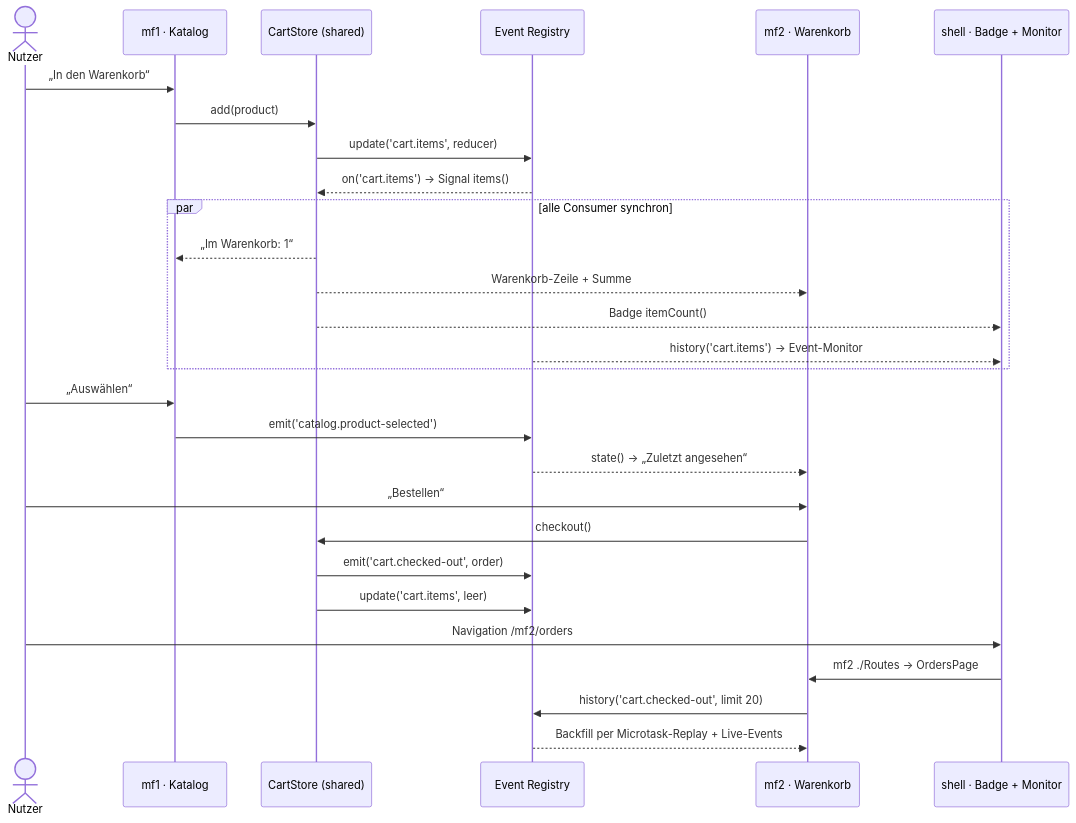
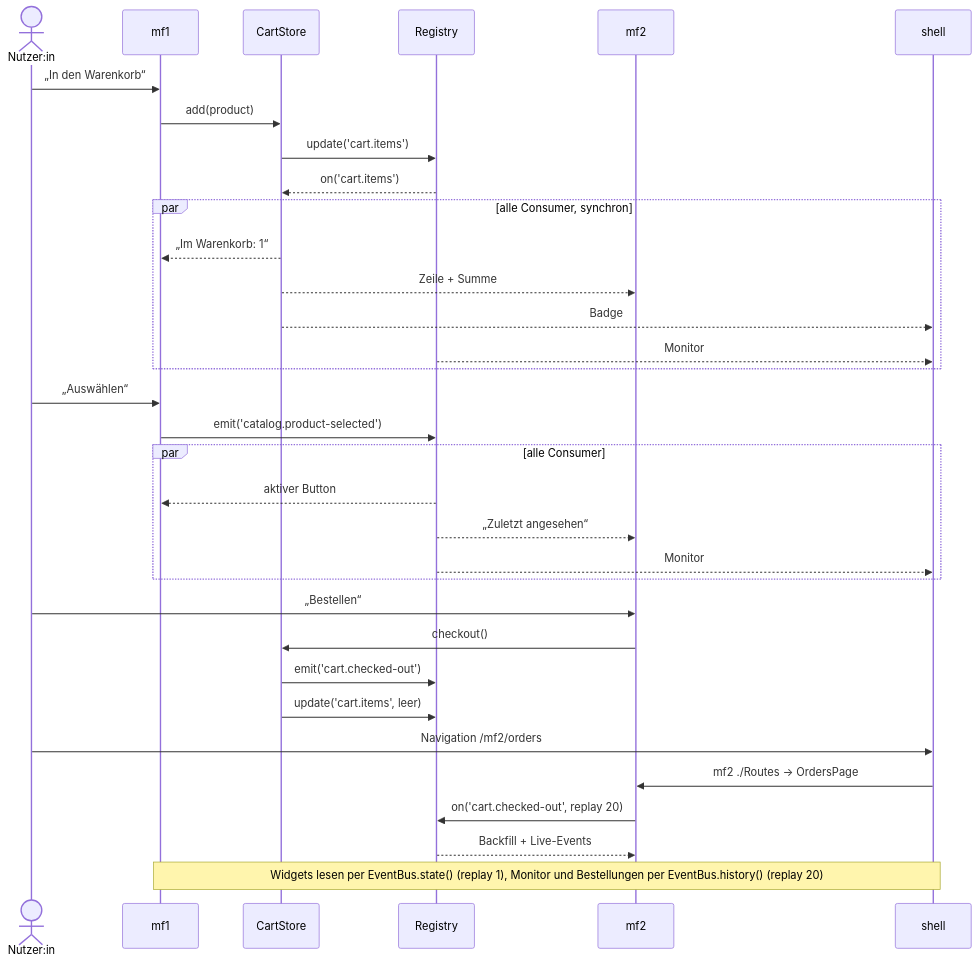
One commit to jannikbuscha/mfe changed the fifth of 6 diagrams in README.md. Above: the diagram before and after it, drawn with Mermaid. The commit also changed other lines of this file and 4 other files, not shown here.

First line of the commit message:
Refine diagrams and the GitHub Pages pipeline after review

````diff
--- a/README.md
+++ b/README.md
@@ -307,34 +318,40 @@
 ```mermaid
+%%{init: {'sequence': {'width': 110, 'actorMargin': 20}}}%%
 sequenceDiagram
-  actor U as Nutzer
-  participant W1 as mf1 · Katalog
-  participant C as CartStore (shared)
-  participant R as Event Registry
-  participant W2 as mf2 · Warenkorb
-  participant SH as shell · Badge + Monitor
+  actor U as Nutzer:in
+  participant W1 as mf1
+  participant C as CartStore
+  participant R as Registry
+  participant W2 as mf2
+  participant SH as shell
 
   U->>W1: „In den Warenkorb“
   W1->>C: add(product)
-  C->>R: update('cart.items', reducer)
-  R-->>C: on('cart.items') → Signal items()
-  par alle Consumer synchron
+  C->>R: update('cart.items')
+  R-->>C: on('cart.items')
+  par alle Consumer, synchron
     C-->>W1: „Im Warenkorb: 1“
-    C-->>W2: Warenkorb-Zeile + Summe
-    C-->>SH: Badge itemCount()
-    R-->>SH: history('cart.items') → Event-Monitor
+    C-->>W2: Zeile + Summe
+    C-->>SH: Badge
+    R-->>SH: Monitor
   end
 
   U->>W1: „Auswählen“
   W1->>R: emit('catalog.product-selected')
-  R-->>W2: state() → „Zuletzt angesehen“
+  par alle Consumer
+    R-->>W1: aktiver Button
+    R-->>W2: „Zuletzt angesehen“
+    R-->>SH: Monitor
+  end
 
   U->>W2: „Bestellen“
   W2->>C: checkout()
-  C->>R: emit('cart.checked-out', order)
+  C->>R: emit('cart.checked-out')
   C->>R: update('cart.items', leer)
 
   U->>SH: Navigation /mf2/orders
   SH->>W2: mf2 ./Routes → OrdersPage
-  W2->>R: history('cart.checked-out', limit 20)
-  R-->>W2: Backfill per Microtask-Replay + Live-Events
+  W2->>R: on('cart.checked-out', replay 20)
+  R-->>W2: Backfill + Live-Events
+  Note over W1,SH: Widgets lesen per EventBus.state() (replay 1), Monitor und Bestellungen per EventBus.history() (replay 20)
 ```
````
